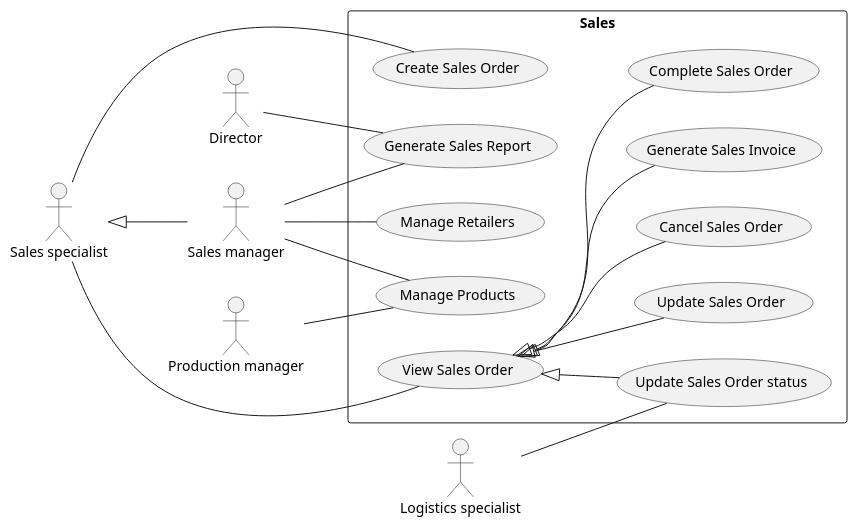
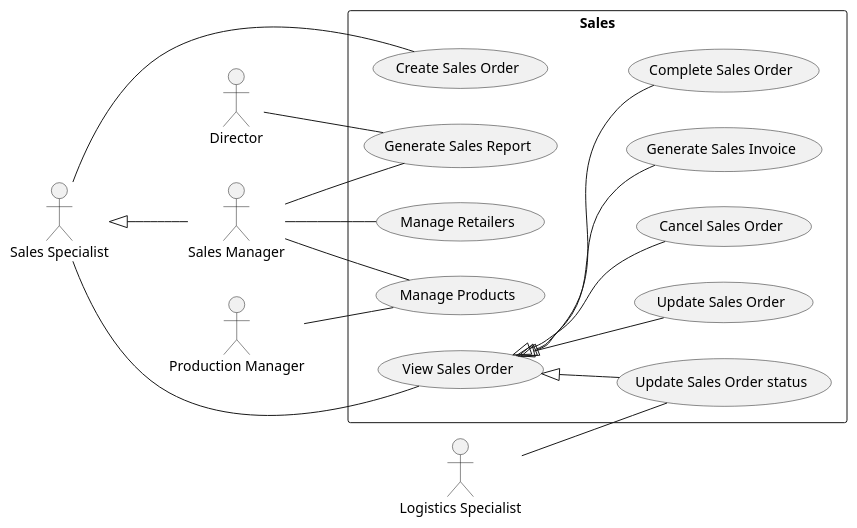
One commit to phihungha/scmss-reqs changed the diagram in use-cases/sales.plantuml. Above: the diagram before and after it, drawn with PlantUML. The commit also changed 43 other files, not shown here.

```diff
--- a/use-cases/sales.plantuml
+++ b/use-cases/sales.plantuml
@@ -1,30 +1,30 @@
 @startuml Sales
 left to right direction
 
 :Director: as d
 
-:Production manager: as pm
+:Production Manager: as pm
 
-:Sales specialist: as s
-:Sales manager: as sm
+:Sales Specialist: as s
+:Sales Manager: as sm
 s <|-- sm
 
-:Logistics specialist: as ls
+:Logistics Specialist: as ls
 
 rectangle Sales {
     s -- (Create Sales Order)
     s -- (View Sales Order)
     (View Sales Order) <|-- (Update Sales Order)
     (View Sales Order) <|-- (Update Sales Order status)
     (View Sales Order) <|-- (Cancel Sales Order)
     ls -- (Update Sales Order status)
     (View Sales Order) <|-- (Generate Sales Invoice)
     (View Sales Order) <|-- (Complete Sales Order)
 
     sm -- (Generate Sales Report)
     d -- (Generate Sales Report)
     pm -- (Manage Products)
     sm -- (Manage Products)
     sm -- (Manage Retailers)
 }
 @enduml
```
